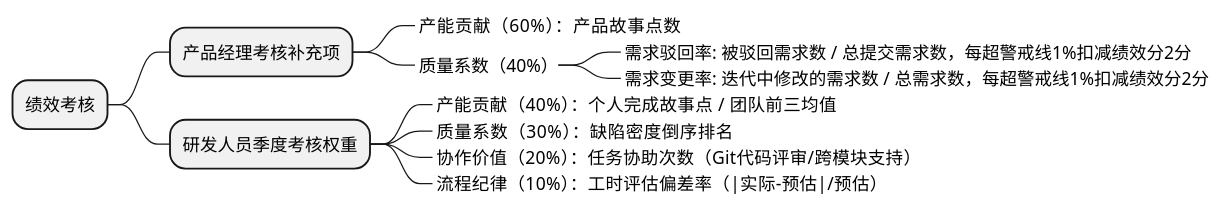
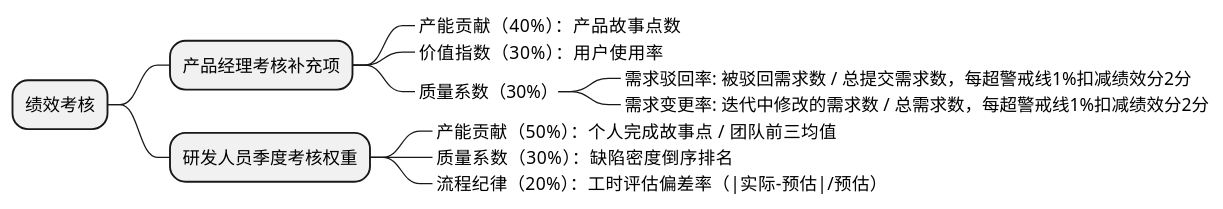
The second of 2 diagrams in source/_posts/business/scrum.md (holmofy/blog.hufeifei.cn), drawn with PlantUML before and after one commit.

````diff
--- a/source/_posts/business/scrum.md
+++ b/source/_posts/business/scrum.md
@@ -143,15 +143,15 @@
 ```plantuml
 @startmindmap
 * 绩效考核
 ** 产品经理考核补充项
-***_ 产能贡献（60%）：产品故事点数
-***_ 质量系数（40%）
+***_ 产能贡献（40%）：产品故事点数
+***_ 价值指数（30%）：用户使用率
+***_ 质量系数（30%）
 ****_ 需求驳回率: 被驳回需求数 / 总提交需求数，每超警戒线1%扣减绩效分2分
 ****_ 需求变更率: 迭代中修改的需求数 / 总需求数，每超警戒线1%扣减绩效分2分
 ** 研发人员季度考核权重
-***_ 产能贡献（40%）：个人完成故事点 / 团队前三均值  
+***_ 产能贡献（50%）：个人完成故事点 / 团队前三均值  
 ***_ 质量系数（30%）：缺陷密度倒序排名  
-***_ 协作价值（20%）：任务协助次数（Git代码评审/跨模块支持）  
-***_ 流程纪律（10%）：工时评估偏差率（|实际-预估|/预估）
+***_ 流程纪律（20%）：工时评估偏差率（|实际-预估|/预估）
 @endmindmap
 ```
````
